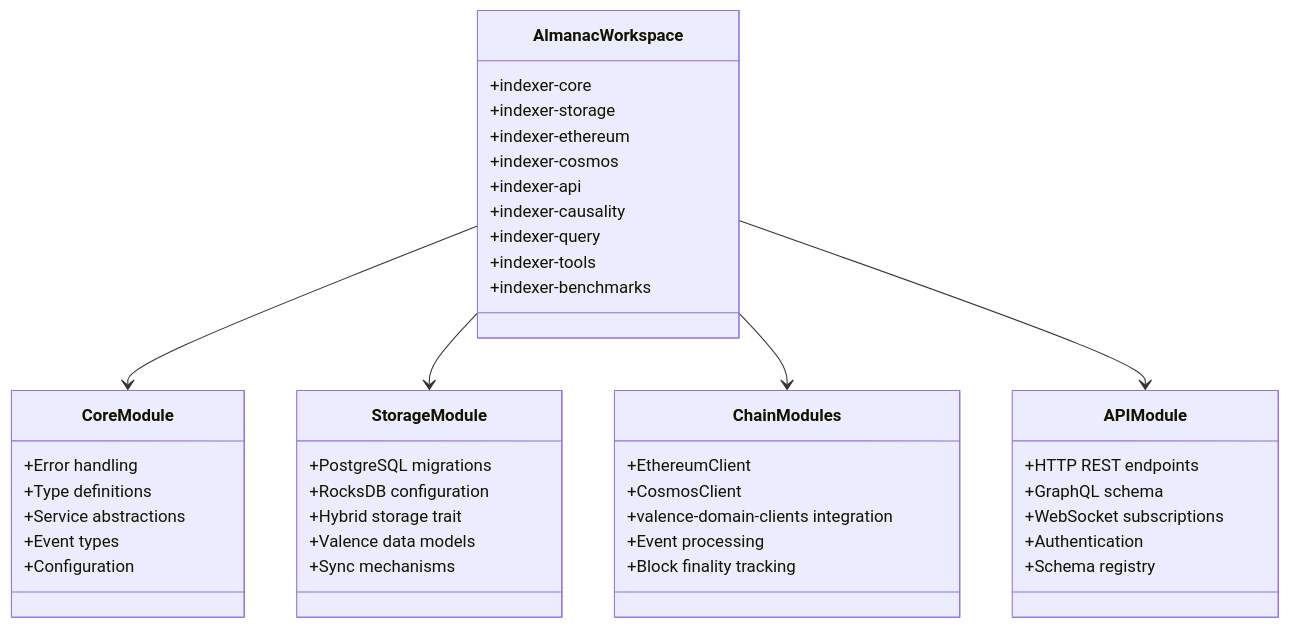
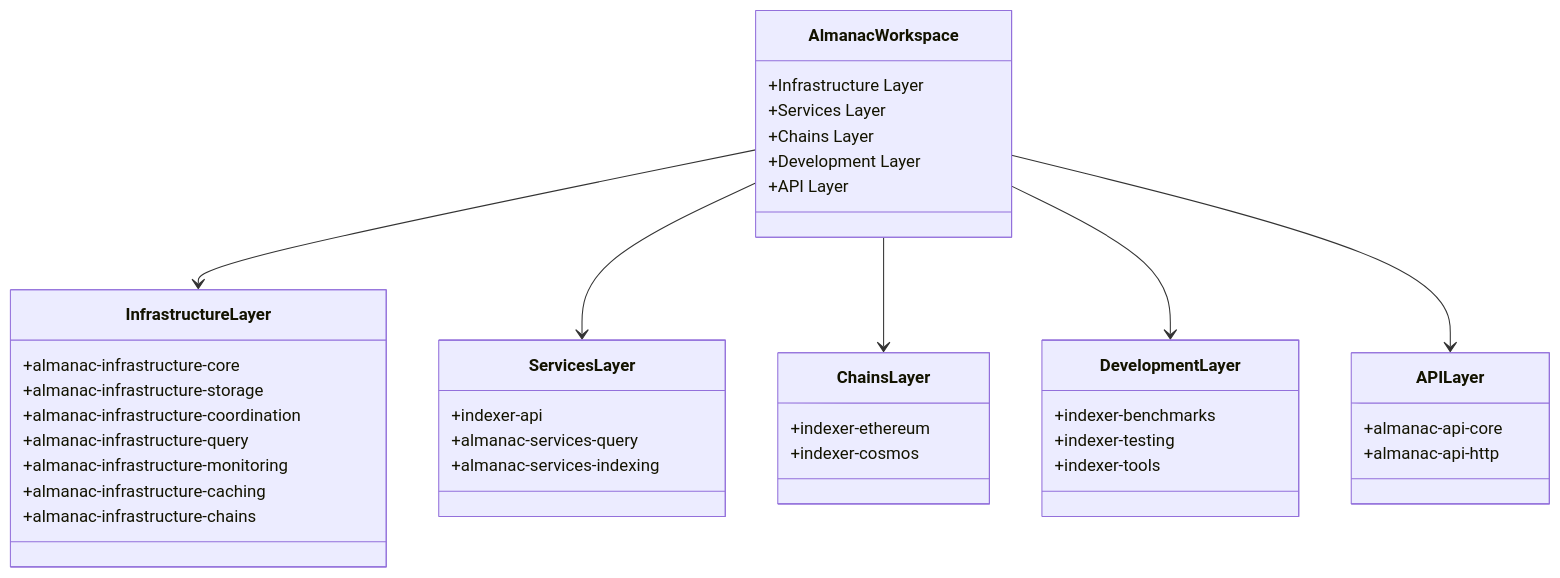
One commit to timewave-computer/almanac changed the sixth of 6 diagrams in docs/001_architecture.md. Above: the diagram before and after it, drawn with Mermaid. The commit also changed other lines of this file and 278 other files, not shown here.

````diff
--- a/docs/001_architecture.md
+++ b/docs/001_architecture.md
@@ -263,51 +310,49 @@
 ```mermaid
 classDiagram
     class AlmanacWorkspace {
-        +indexer-core
-        +indexer-storage
+        +Infrastructure Layer
+        +Services Layer
+        +Chains Layer
+        +Development Layer
+        +API Layer
+    }
+    
+    class InfrastructureLayer {
+        +almanac-infrastructure-core
+        +almanac-infrastructure-storage
+        
+        +almanac-infrastructure-coordination
+        +almanac-infrastructure-query
+        +almanac-infrastructure-monitoring
+        +almanac-infrastructure-caching
+        +almanac-infrastructure-chains
+    }
+    
+    class ServicesLayer {
+        +indexer-api
+        +almanac-services-query
+        +almanac-services-indexing
+    }
+    
+    class ChainsLayer {
         +indexer-ethereum
         +indexer-cosmos
-        +indexer-api
-        +indexer-causality
-        +indexer-query
-        +indexer-tools
-        +indexer-benchmarks
     }
     
-    class CoreModule {
-        +Error handling
-        +Type definitions
-        +Service abstractions
-        +Event types
-        +Configuration
+    class DevelopmentLayer {
+        +indexer-benchmarks
+        +indexer-testing
+        +indexer-tools
     }
     
-    class StorageModule {
-        +PostgreSQL migrations
-        +RocksDB configuration
-        +Hybrid storage trait
-        +Valence data models
-        +Sync mechanisms
+    class APILayer {
+        +almanac-api-core
+        +almanac-api-http
     }
     
-    class ChainModules {
-        +EthereumClient
-        +CosmosClient
-        +valence-domain-clients integration
-        +Event processing
-        +Block finality tracking
-    }
-    
-    class APIModule {
-        +HTTP REST endpoints
-        +GraphQL schema
-        +WebSocket subscriptions
-        +Authentication
-        +Schema registry
-    }
-    
-    AlmanacWorkspace --> CoreModule
-    AlmanacWorkspace --> StorageModule
-    AlmanacWorkspace --> ChainModules
-    AlmanacWorkspace --> APIModule
+    AlmanacWorkspace --> InfrastructureLayer
+    AlmanacWorkspace --> ServicesLayer
+    AlmanacWorkspace --> ChainsLayer
+    AlmanacWorkspace --> DevelopmentLayer
+    AlmanacWorkspace --> APILayer
 ```
````
